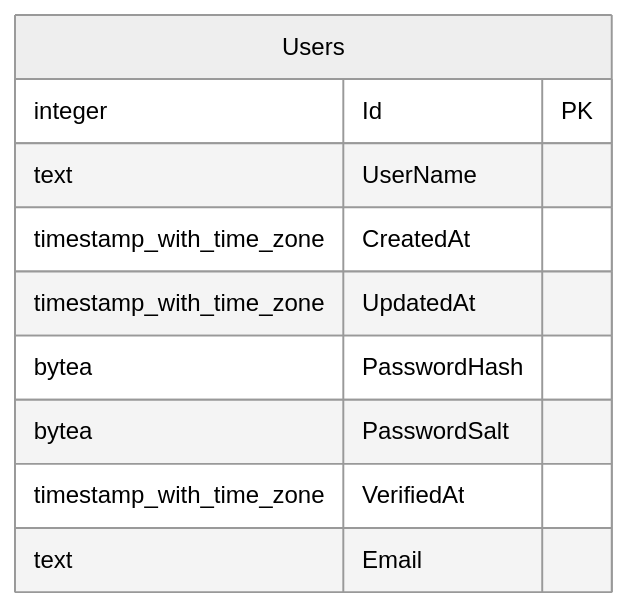
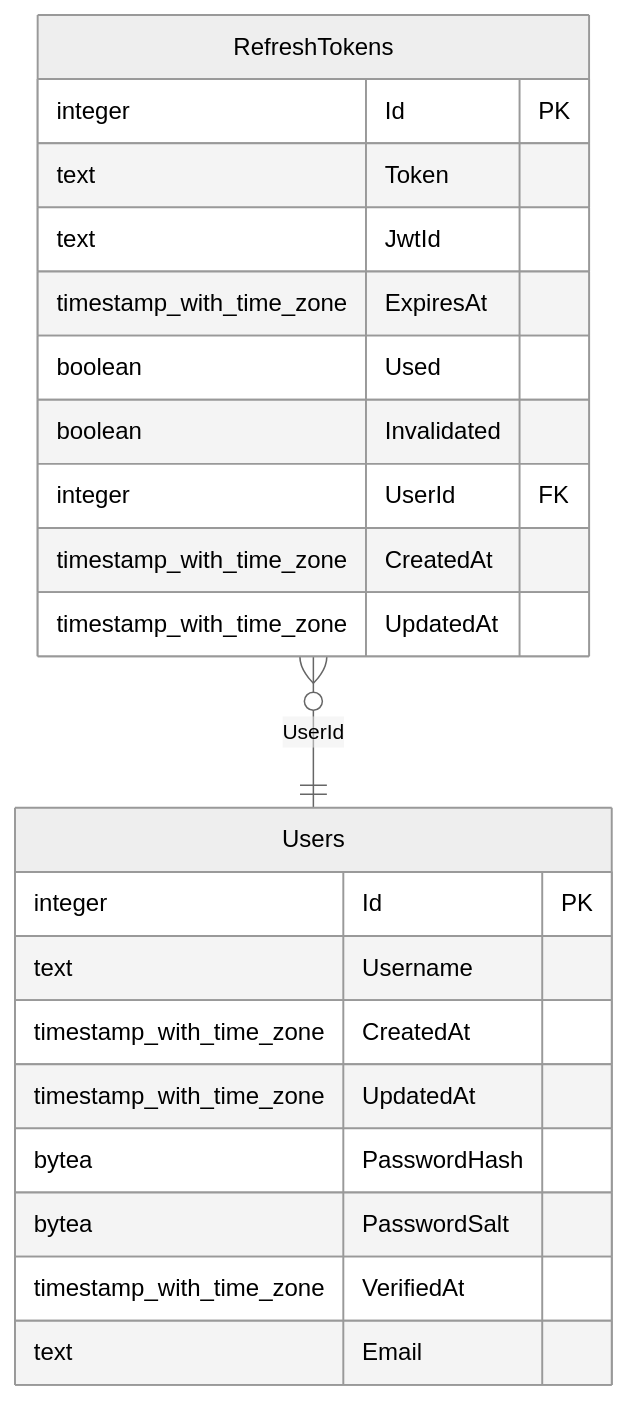
The diagram in README.md (andpew/educational), drawn with Mermaid (neutral theme) before and after one commit.

Commit message:
Updated db scheme

````diff
--- a/README.md
+++ b/README.md
@@ -32,13 +32,27 @@
 ```mermaid
 erDiagram
+    RefreshTokens {
+        integer Id PK
+        text Token 
+        text JwtId 
+        timestamp_with_time_zone ExpiresAt 
+        boolean Used 
+        boolean Invalidated 
+        integer UserId FK
+        timestamp_with_time_zone CreatedAt 
+        timestamp_with_time_zone UpdatedAt 
+    }
+
     Users {
         integer Id PK
-        text UserName
-        timestamp_with_time_zone CreatedAt
-        timestamp_with_time_zone UpdatedAt
-        bytea PasswordHash
-        bytea PasswordSalt
-        timestamp_with_time_zone VerifiedAt
-        text Email
+        text Username 
+        timestamp_with_time_zone CreatedAt 
+        timestamp_with_time_zone UpdatedAt 
+        bytea PasswordHash 
+        bytea PasswordSalt 
+        timestamp_with_time_zone VerifiedAt 
+        text Email 
     }
+
+    RefreshTokens }o--|| Users : "UserId"
 ```
````
